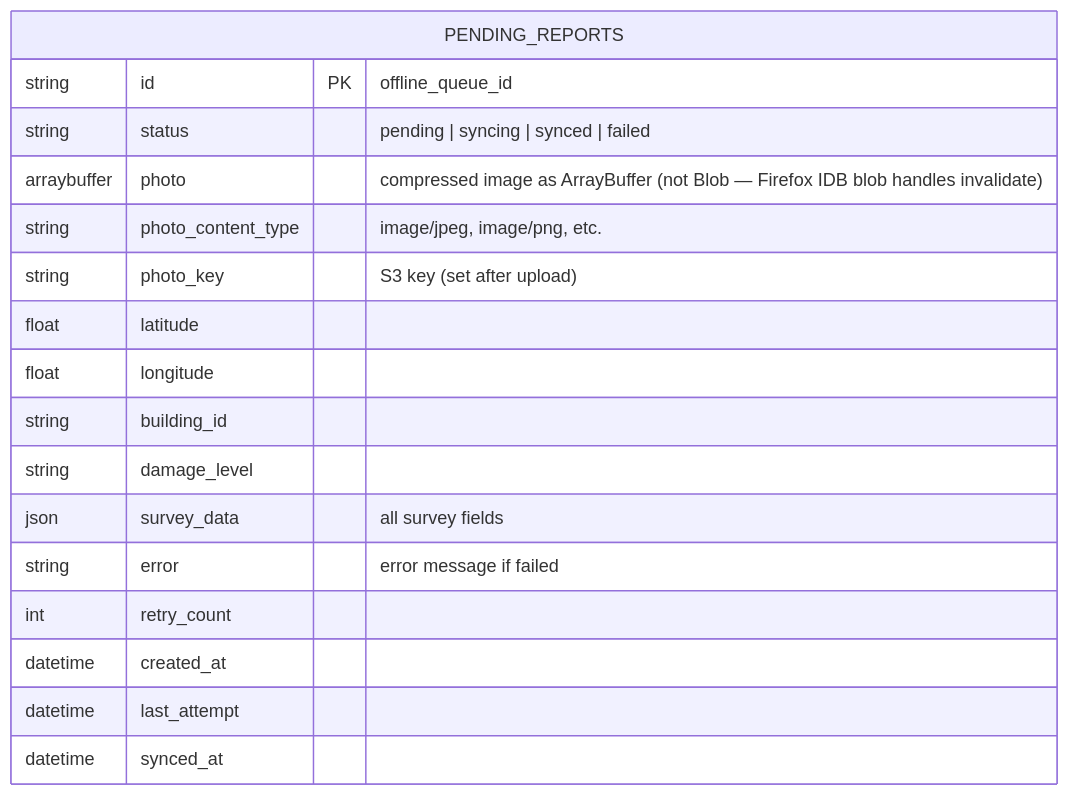
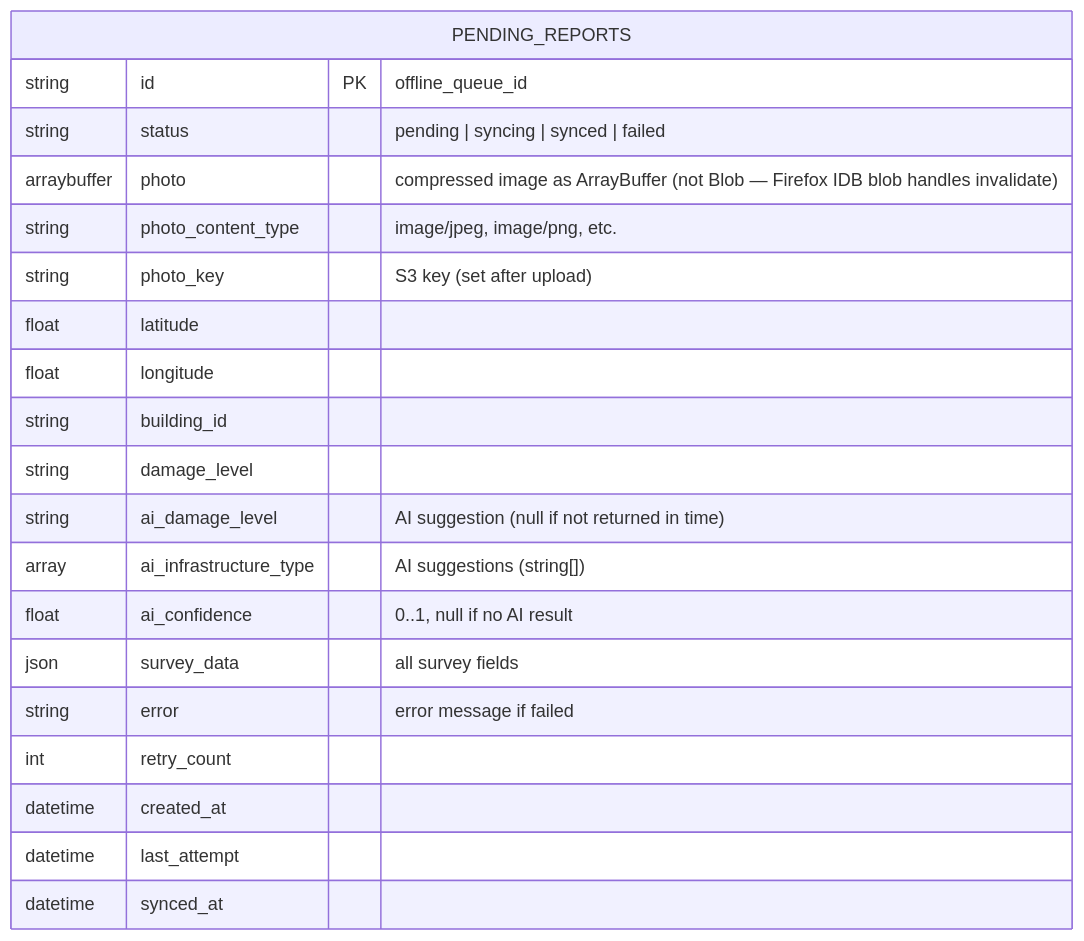
One commit to foad/terra changed the tenth of 10 diagrams in docs/offline-connectivity-scenarios.md. Above: the diagram before and after it, drawn with Mermaid. The commit also changed other lines of this file and 3 other files, not shown here.

````diff
--- a/docs/offline-connectivity-scenarios.md
+++ b/docs/offline-connectivity-scenarios.md
@@ -268,20 +268,23 @@
 ```mermaid
 erDiagram
     PENDING_REPORTS {
         string id PK "offline_queue_id"
         string status "pending | syncing | synced | failed"
         arraybuffer photo "compressed image as ArrayBuffer (not Blob — Firefox IDB blob handles invalidate)"
         string photo_content_type "image/jpeg, image/png, etc."
         string photo_key "S3 key (set after upload)"
         float latitude
         float longitude
         string building_id
         string damage_level
+        string ai_damage_level "AI suggestion (null if not returned in time)"
+        array ai_infrastructure_type "AI suggestions (string[])"
+        float ai_confidence "0..1, null if no AI result"
         json survey_data "all survey fields"
         string error "error message if failed"
         int retry_count
         datetime created_at
         datetime last_attempt
         datetime synced_at
     }
 ```
````
